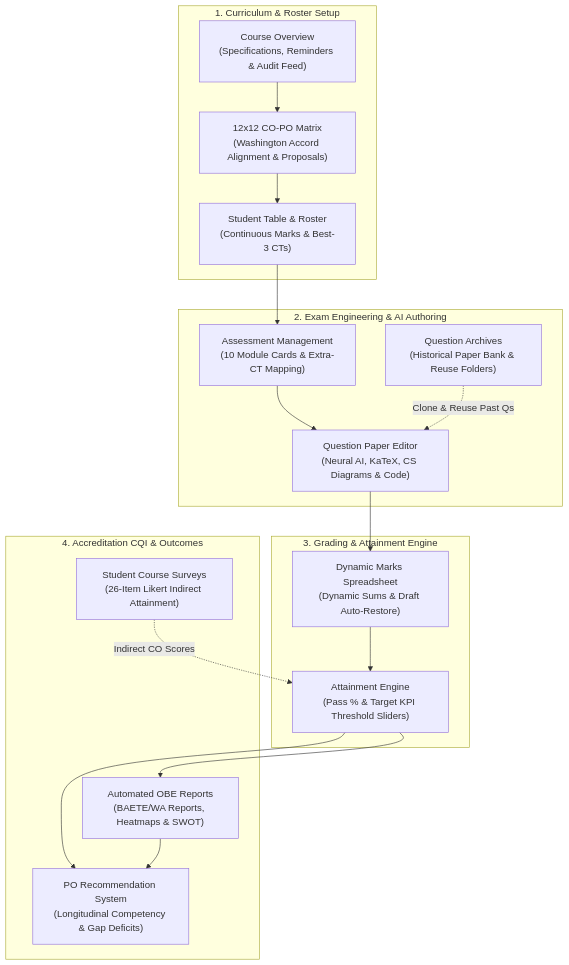
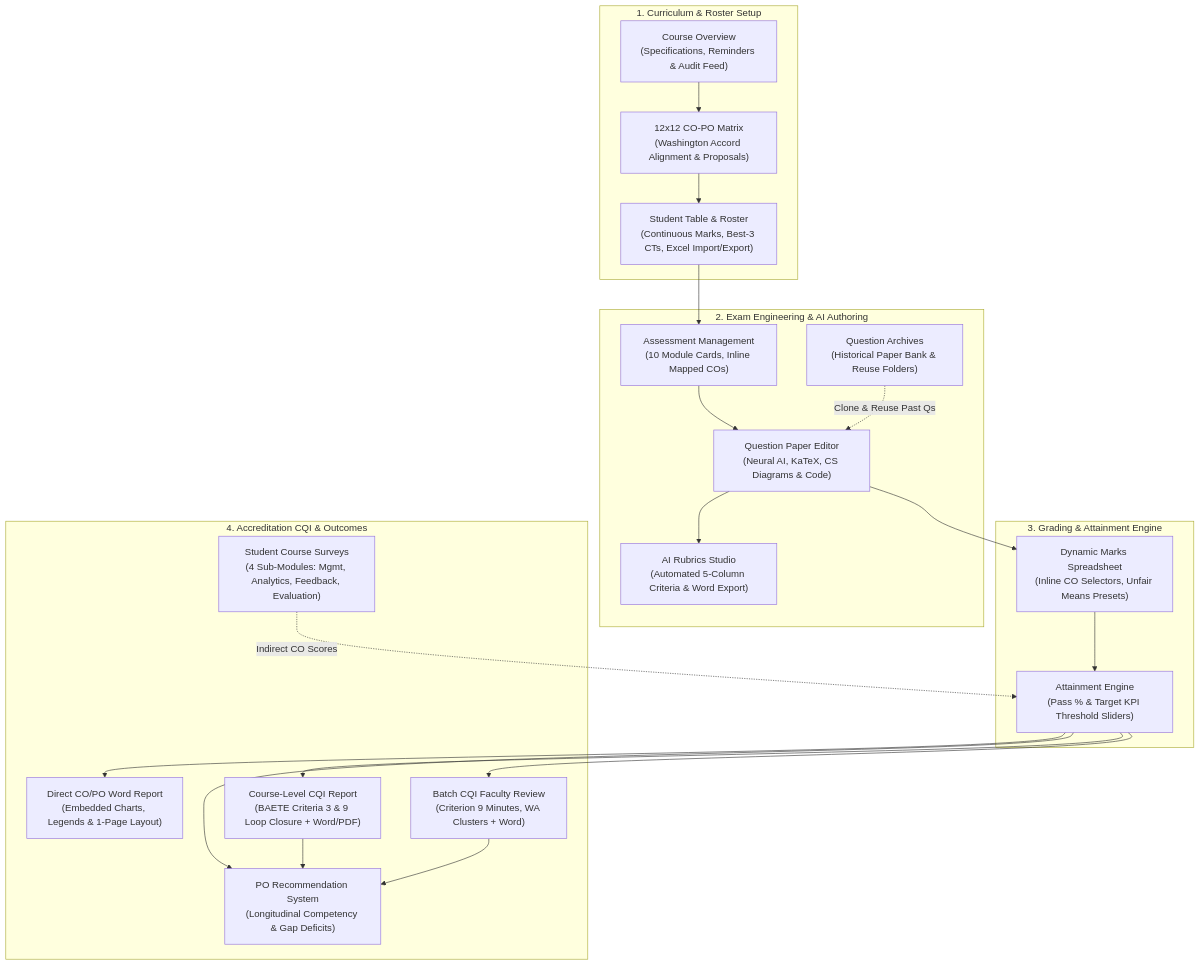
The second of 7 diagrams in README.md (sarkarjoy86/Student-Outcome-Analyzer), drawn with Mermaid before and after one commit. The commit also changed other lines of this file, not shown here.

Commit message:
docs(readme): update comprehensive documentation with SBERT v3.0 benchmarks, BAETE CQI, rubrics, and survey modules

````diff
--- a/README.md
+++ b/README.md
@@ -98,37 +122,44 @@
 ```mermaid
 graph TB
     subgraph Phase1 ["1. Curriculum & Roster Setup"]
         Overview["Course Overview\n(Specifications, Reminders & Audit Feed)"]
         COPO["12x12 CO-PO Matrix\n(Washington Accord Alignment & Proposals)"]
-        Roster["Student Table & Roster\n(Continuous Marks & Best-3 CTs)"]
+        Roster["Student Table & Roster\n(Continuous Marks, Best-3 CTs, Excel Import/Export)"]
     end
 
     subgraph Phase2 ["2. Exam Engineering & AI Authoring"]
-        Assessments["Assessment Management\n(10 Module Cards & Extra-CT Mapping)"]
+        Assessments["Assessment Management\n(10 Module Cards, Inline Mapped COs)"]
         Archives["Question Archives\n(Historical Paper Bank & Reuse Folders)"]
         Editor["Question Paper Editor\n(Neural AI, KaTeX, CS Diagrams & Code)"]
+        Rubrics["AI Rubrics Studio\n(Automated 5-Column Criteria & Word Export)"]
     end
 
     subgraph Phase3 ["3. Grading & Attainment Engine"]
-        Marks["Dynamic Marks Spreadsheet\n(Dynamic Sums & Draft Auto-Restore)"]
+        Marks["Dynamic Marks Spreadsheet\n(Inline CO Selectors, Unfair Means Presets)"]
         Attainment["Attainment Engine\n(Pass % & Target KPI Threshold Sliders)"]
     end
 
     subgraph Phase4 ["4. Accreditation CQI & Outcomes"]
-        Reports["Automated OBE Reports\n(BAETE/WA Reports, Heatmaps & SWOT)"]
+        DirectWord["Direct CO/PO Word Report\n(Embedded Charts, Legends & 1-Page Layout)"]
+        CourseCQI["Course-Level CQI Report\n(BAETE Criteria 3 & 9 Loop Closure + Word/PDF)"]
+        BatchCQI["Batch CQI Faculty Review\n(Criterion 9 Minutes, WA Clusters + Word)"]
         PORec["PO Recommendation System\n(Longitudinal Competency & Gap Deficits)"]
-        Surveys["Student Course Surveys\n(26-Item Likert Indirect Attainment)"]
+        Surveys["Student Course Surveys\n(4 Sub-Modules: Mgmt, Analytics, Feedback, Evaluation)"]
     end
 
     Overview --> COPO
     COPO --> Roster
     Roster --> Assessments
     Assessments --> Editor
+    Editor --> Rubrics
     Archives -.->|Clone & Reuse Past Qs| Editor
     Editor --> Marks
     Marks --> Attainment
-    Attainment --> Reports
+    Attainment --> DirectWord
+    Attainment --> CourseCQI
+    Attainment --> BatchCQI
     Attainment --> PORec
     Surveys -.->|Indirect CO Scores| Attainment
-    Reports --> PORec
+    CourseCQI --> PORec
+    BatchCQI --> PORec
 ```
````
